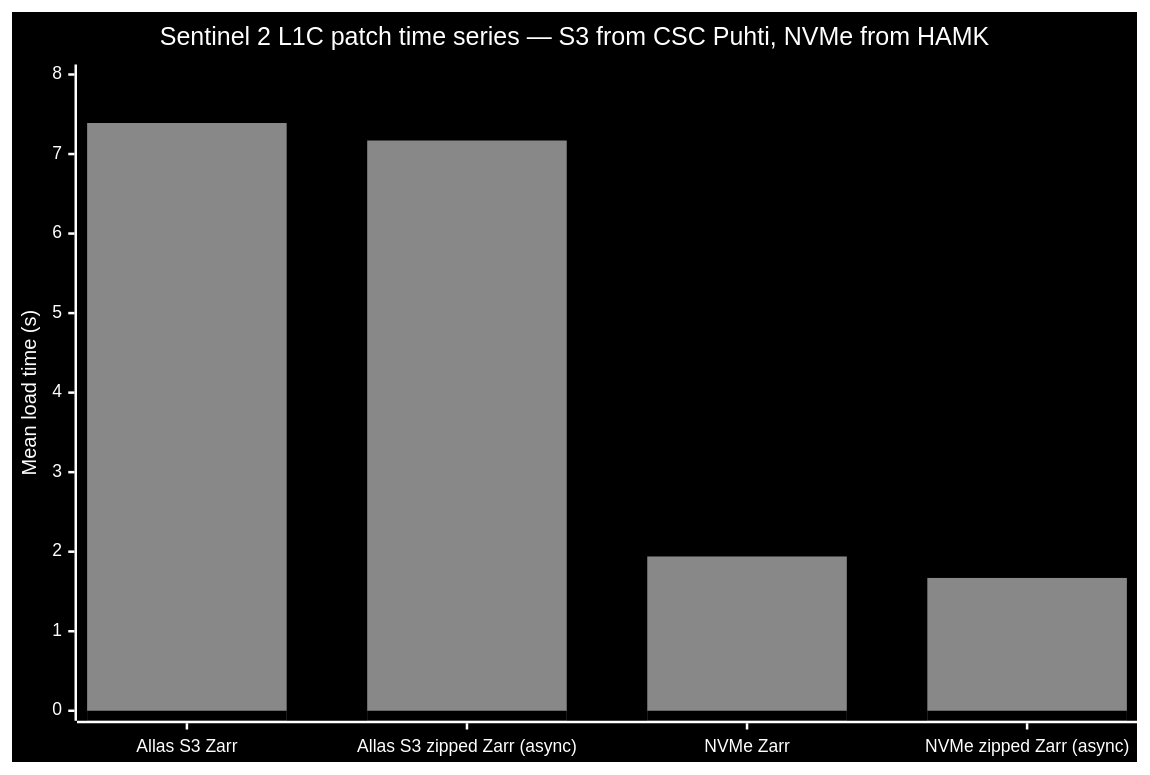
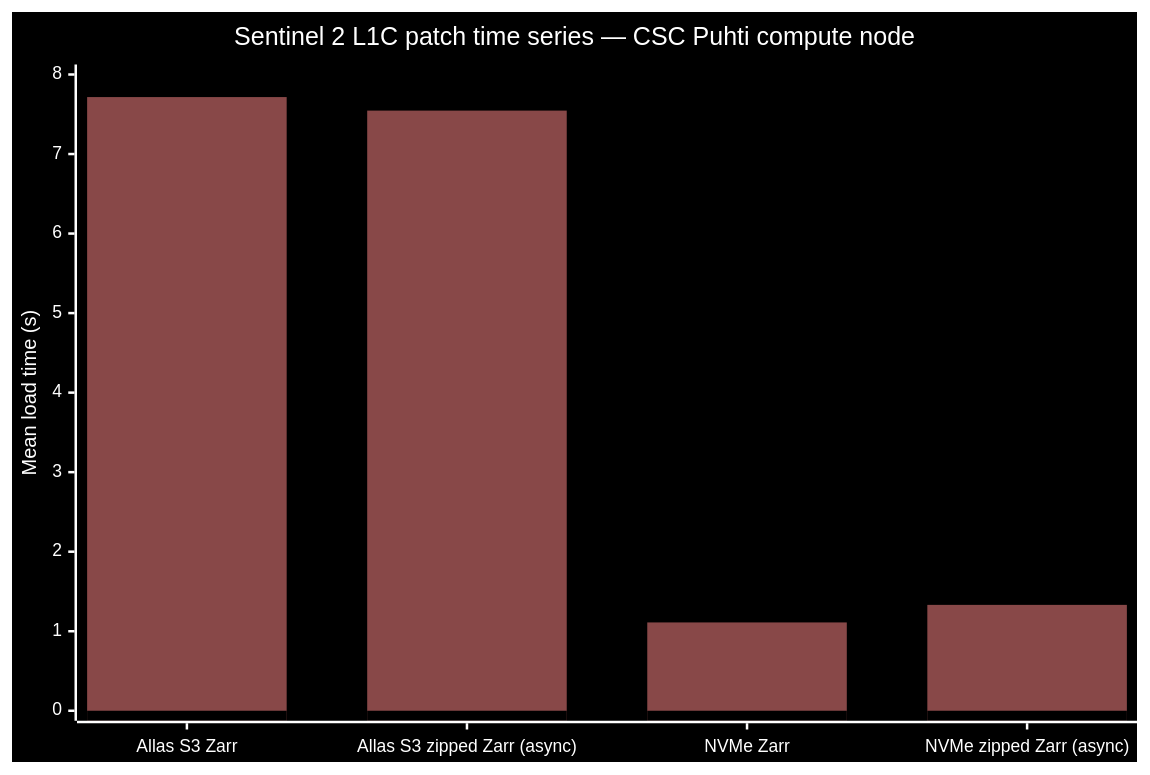
Before and after one commit to hamk-uas/datacube-storage-lab: the eighth of 8 diagrams in README.md, drawn with Mermaid. The commit also changed other lines of this file and 2 other files, not shown here.

Commit message:
Update results, not yet benchmarked improvements: persistent Zarr stores, time label chunking

````diff
--- a/README.md
+++ b/README.md
@@ -705,27 +733,27 @@
 ```mermaid
 ---
 config:
     xyChart:
         width: 900
         height: 600
     themeVariables:
         xyChart:
             backgroundColor: "#000"
             titleColor: "#fff"
             xAxisLabelColor: "#fff"
             xAxisTitleColor: "#fff"
             xAxisTickColor: "#fff"
             xAxisLineColor: "#fff"
             yAxisLabelColor: "#fff"
             yAxisTitleColor: "#fff"
             yAxisTickColor: "#fff"
             yAxisLineColor: "#fff"
-            plotColorPalette: "#fff8, #000"
+            plotColorPalette: "#f888, #000"
 ---
 xychart-beta
-    title "Sentinel 2 L1C patch time series — S3 from CSC Puhti, NVMe from HAMK"
+    title "Sentinel 2 L1C patch time series — CSC Puhti compute node"
     x-axis ["Allas S3 Zarr", "Allas S3 zipped Zarr (async)", "NVMe Zarr", "NVMe zipped Zarr (async)"]
     y-axis "Mean load time (s)" 0 --> 8
-    bar [7.39, 7.17, 1.94, 1.67]
+    bar [7.716204173564911, 7.546070046424866, 1.1104609894752502, 1.3312029433250427]
     bar [0, 0, 0, 0]
 ```
````
